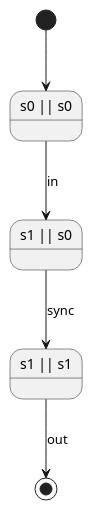
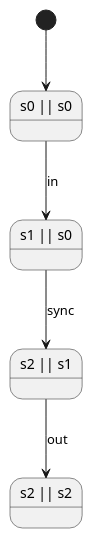
Before and after one commit to Kuniwak/puml-parallel: the diagram in examples/in_out.puml, drawn with PlantUML. The commit also changed 7 other files, not shown here.

```diff
--- a/examples/in_out.puml
+++ b/examples/in_out.puml
@@ -1,12 +1,13 @@
 @startuml
 
 state "s0 || s0" as s0_s0
 state "s1 || s0" as s1_s0
-state "s1 || s1" as s1_s1
+state "s2 || s1" as s2_s1
+state "s2 || s2" as s2_s2
 
 [*] --> s0_s0
 s0_s0 --> s1_s0 : in
-s1_s0 --> s1_s1 : sync
-s1_s1 --> [*] : out
+s1_s0 --> s2_s1 : sync
+s2_s1 --> s2_s2 : out
 
 @enduml
```
